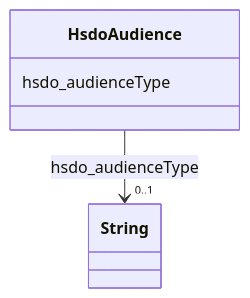
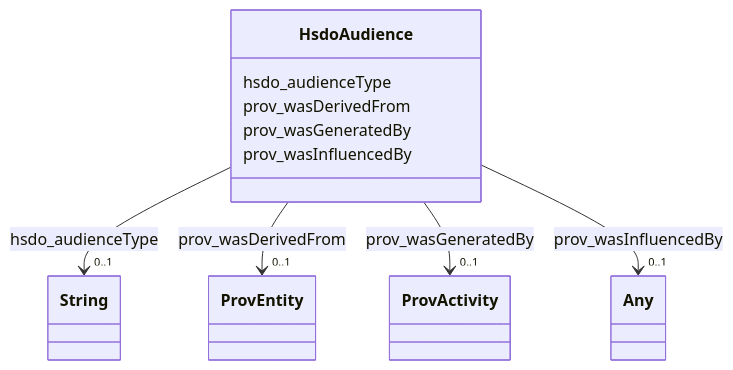
One commit to frink-okn/graph-descriptions changed the diagram in dream-kg/classes/HsdoAudience.md. Above: the diagram before and after it, drawn with Mermaid. The commit also changed other lines of this file and 49 other files, not shown here.

````diff
--- a/dream-kg/classes/HsdoAudience.md
+++ b/dream-kg/classes/HsdoAudience.md
@@ -23,15 +19,42 @@
 ```mermaid
  classDiagram
     class HsdoAudience
     click HsdoAudience href "../HsdoAudience"
       HsdoAudience : hsdo_audienceType
         
           
     
     
     HsdoAudience --> "0..1" String : hsdo_audienceType
     click String href "../String"
 
         
+      HsdoAudience : prov_wasDerivedFrom
+        
+          
+    
+    
+    HsdoAudience --> "0..1" ProvEntity : prov_wasDerivedFrom
+    click ProvEntity href "../ProvEntity"
+
+        
+      HsdoAudience : prov_wasGeneratedBy
+        
+          
+    
+    
+    HsdoAudience --> "0..1" ProvActivity : prov_wasGeneratedBy
+    click ProvActivity href "../ProvActivity"
+
+        
+      HsdoAudience : prov_wasInfluencedBy
+        
+          
+    
+    
+    HsdoAudience --> "0..1" Any : prov_wasInfluencedBy
+    click Any href "../Any"
+
+        
       
 ```
````
